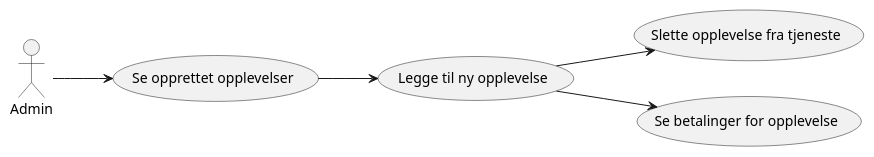
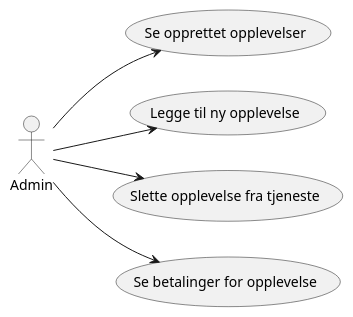
The diagram in use_case_admin.puml (mapclean9r/os_Systemer), drawn with PlantUML before and after one commit. The commit also changed 1 other file, not shown here.

```diff
--- a/use_case_admin.puml
+++ b/use_case_admin.puml
@@ -1,11 +1,11 @@
 @startuml
 
 left to right direction
 
 :Admin: --> (Se opprettet opplevelser)
-(Se opprettet opplevelser) --> (Legge til ny opplevelse)
-(Legge til ny opplevelse) --> (Slette opplevelse fra tjeneste)
-(Legge til ny opplevelse) --> (Se betalinger for opplevelse)
+:Admin: --> (Legge til ny opplevelse)
+:Admin: --> (Slette opplevelse fra tjeneste)
+:Admin: --> (Se betalinger for opplevelse)
 
 
 @enduml
```
